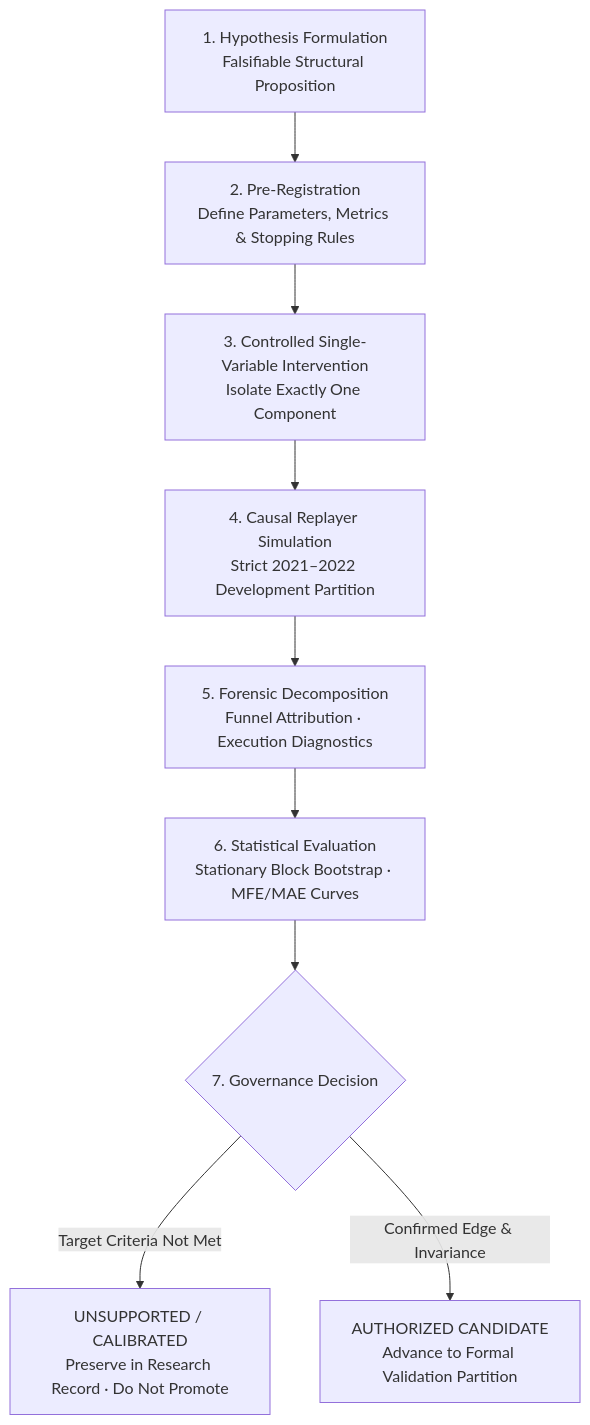
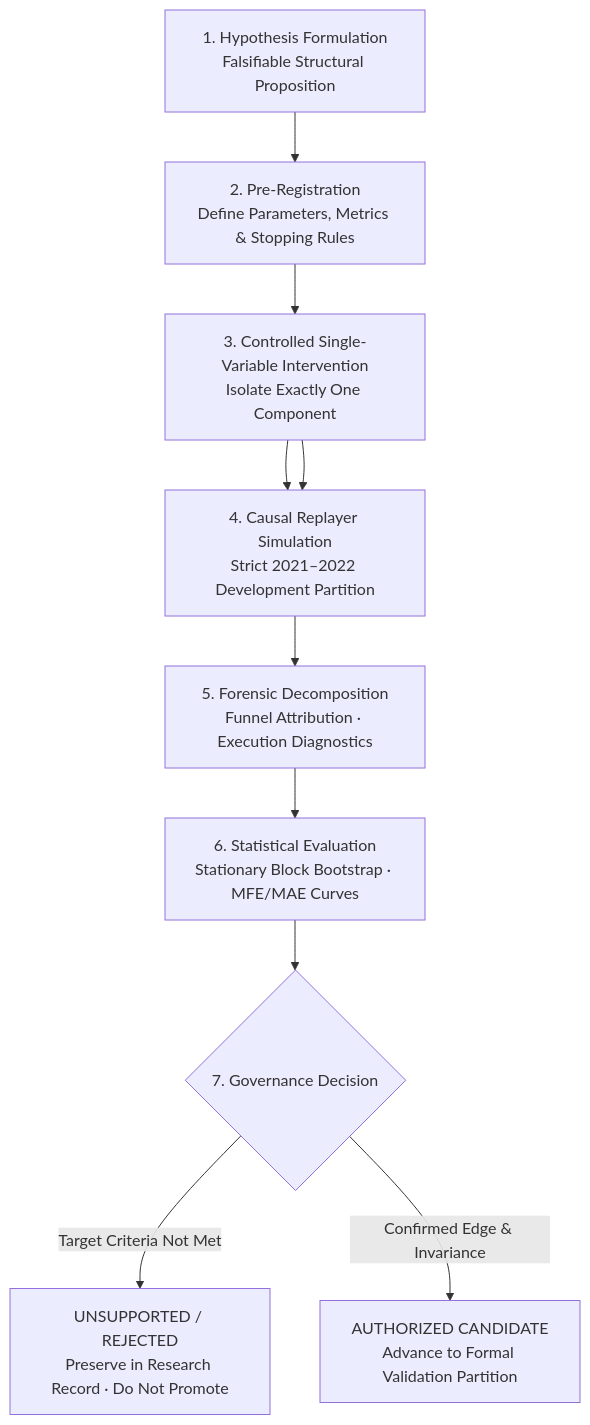
Before and after one commit to Quantitative-Systems/crypto-platform: the third of 4 diagrams in README.md, drawn with Mermaid. The commit also changed other lines of this file and 127 other files, not shown here.

````diff
--- a/README.md
+++ b/README.md
@@ -150,11 +146,12 @@
 ```mermaid
 flowchart TD
     H["1. Hypothesis Formulation<br/>Falsifiable Structural Proposition"] --> PR["2. Pre-Registration<br/>Define Parameters, Metrics & Stopping Rules"]
     PR --> CI["3. Controlled Single-Variable Intervention<br/>Isolate Exactly One Component"]
     CI --> DR["4. Causal Replayer Simulation<br/>Strict 2021–2022 Development Partition"]
+    CI --> DR
     DR --> FA["5. Forensic Decomposition<br/>Funnel Attribution · Execution Diagnostics"]
     FA --> SE["6. Statistical Evaluation<br/>Stationary Block Bootstrap · MFE/MAE Curves"]
     SE --> G{"7. Governance Decision"}
-    G -->|Target Criteria Not Met| F["UNSUPPORTED / CALIBRATED<br/>Preserve in Research Record · Do Not Promote"]
+    G -->|Target Criteria Not Met| F["UNSUPPORTED / REJECTED<br/>Preserve in Research Record · Do Not Promote"]
     G -->|Confirmed Edge & Invariance| P["AUTHORIZED CANDIDATE<br/>Advance to Formal Validation Partition"]
 ```
````
